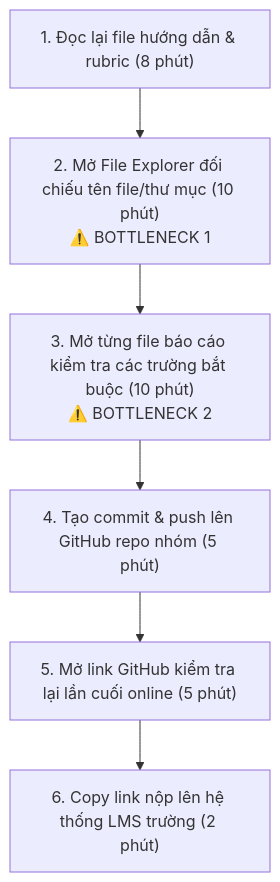
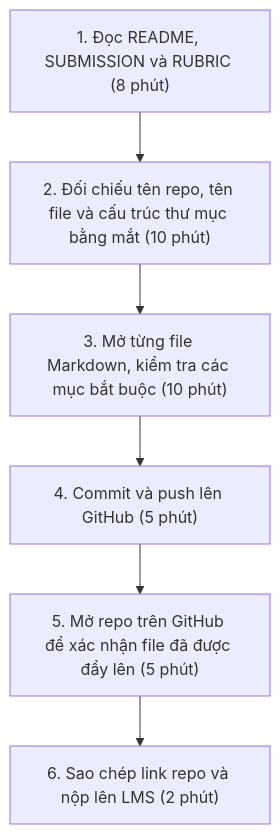
Before and after one commit to NTheBao/K5-L3B-DAY02-NhomBVH-DiscoveryProblemFraming: the diagram in report/team/group_report.md, drawn with Mermaid. The commit also changed other lines of this file and 1 other file, not shown here.

Commit message:
4 commit

````diff
--- a/report/team/group_report.md
+++ b/report/team/group_report.md
@@ -224,8 +226,8 @@
 ```mermaid
 graph TD
-    A["1. Đọc lại file hướng dẫn & rubric (8 phút)"] --> B["2. Mở File Explorer đối chiếu tên file/thư mục (10 phút)\n⚠️ BOTTLENECK 1"]
-    B --> C["3. Mở từng file báo cáo kiểm tra các trường bắt buộc (10 phút)\n⚠️ BOTTLENECK 2"]
-    C --> D["4. Tạo commit & push lên GitHub repo nhóm (5 phút)"]
-    D --> E["5. Mở link GitHub kiểm tra lại lần cuối online (5 phút)"]
-    E --> F["6. Copy link nộp lên hệ thống LMS trường (2 phút)"]
+    A["1. Đọc README, SUBMISSION và RUBRIC (8 phút)"] --> B["2. Đối chiếu tên repo, tên file và cấu trúc thư mục bằng mắt (10 phút)"]
+    B --> C["3. Mở từng file Markdown, kiểm tra các mục bắt buộc (10 phút)"]
+    C --> D["4. Commit và push lên GitHub (5 phút)"]
+    D --> E["5. Mở repo trên GitHub để xác nhận file đã được đẩy lên (5 phút)"]
+    E --> F["6. Sao chép link repo và nộp lên LMS (2 phút)"]
 ```
````
